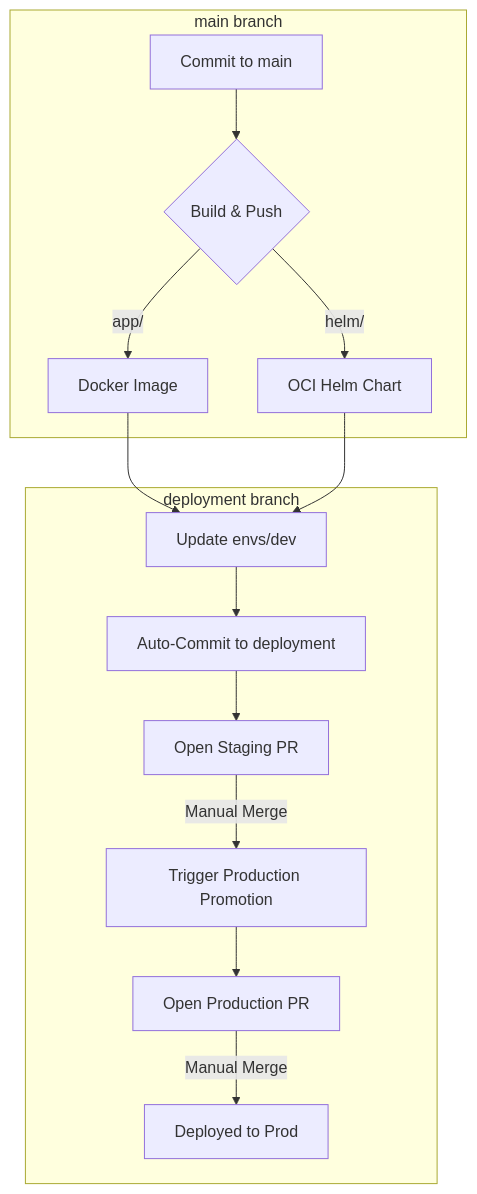
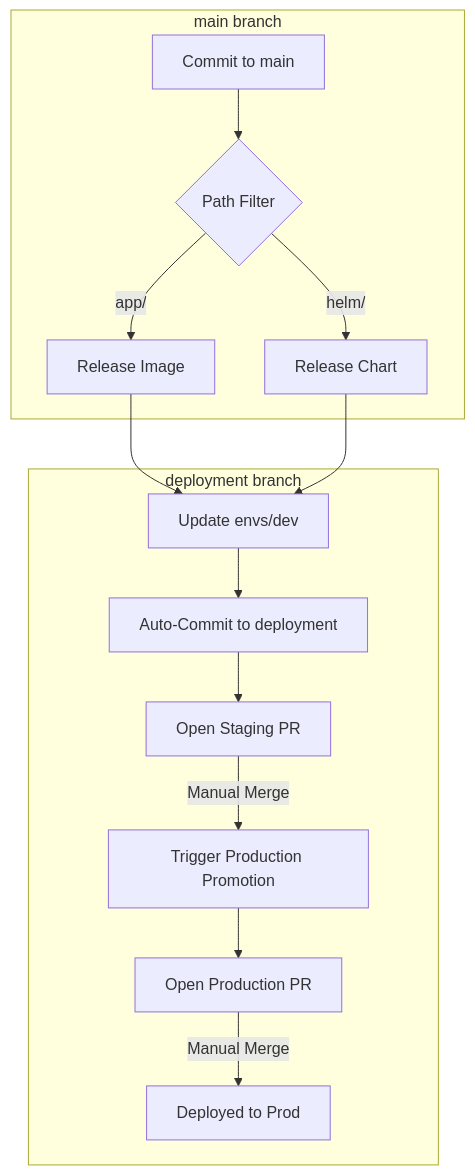
The diagram in README.md (ps-occrp/ps-demo-all-in-one-branch), drawn with Mermaid before and after one commit. The commit also changed other lines of this file, not shown here.

````diff
--- a/README.md
+++ b/README.md
@@ -23,18 +47,18 @@
 ```mermaid
 graph TD
     subgraph "main branch"
-    A[Commit to main] --> B{Build & Push}
-    B -- app/ --> C[Docker Image]
-    B -- helm/ --> D[OCI Helm Chart]
+    A[Commit to main] --> B{Path Filter}
+    B -- app/ --> C[Release Image]
+    B -- helm/ --> D[Release Chart]
     end
 
     C & D --> E[Update envs/dev]
     
     subgraph "deployment branch"
     E --> F[Auto-Commit to deployment]
     F --> G[Open Staging PR]
     G -- "Manual Merge" --> H[Trigger Production Promotion]
     H --> I[Open Production PR]
     I -- "Manual Merge" --> J[Deployed to Prod]
     end
 ```
````
